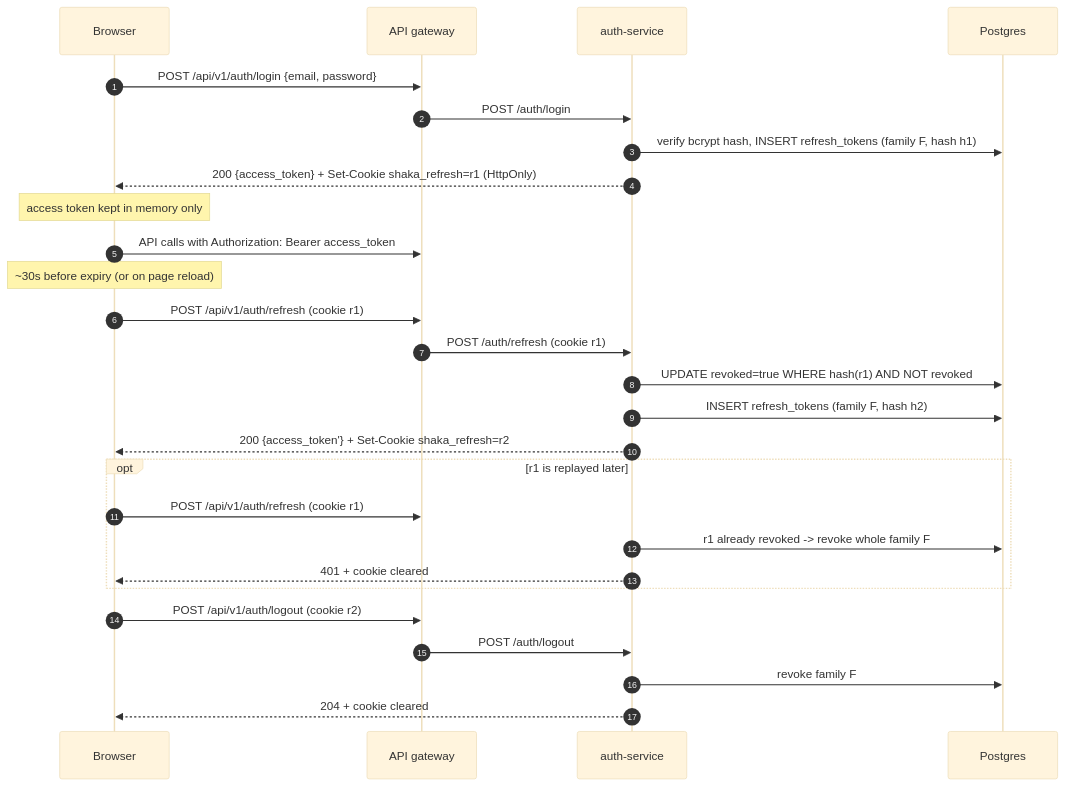
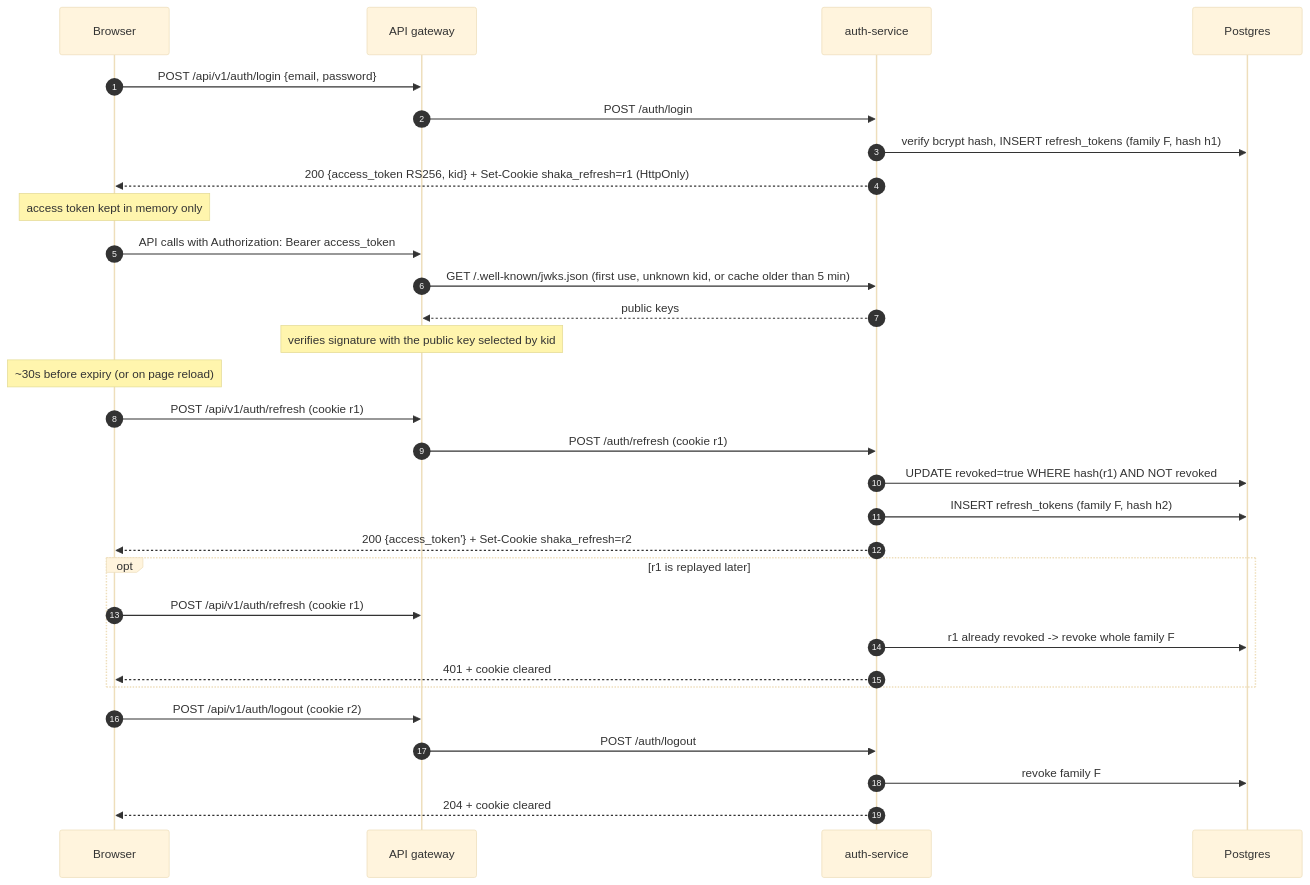
Before and after one commit to omer117/shaka-mesh: the diagram in services/auth-service/README.md, drawn with Mermaid (base theme). The commit also changed other lines of this file and 8 other files, not shown here.

First line of the commit message:
feat(auth): sign access tokens with RS256 and serve a JWKS

````diff
--- a/services/auth-service/README.md
+++ b/services/auth-service/README.md
@@ -62,33 +99,36 @@
 ```mermaid
 sequenceDiagram
     autonumber
     participant B as Browser
     participant G as API gateway
     participant A as auth-service
     participant DB as Postgres
 
     B->>G: POST /api/v1/auth/login {email, password}
     G->>A: POST /auth/login
     A->>DB: verify bcrypt hash, INSERT refresh_tokens (family F, hash h1)
-    A-->>B: 200 {access_token} + Set-Cookie shaka_refresh=r1 (HttpOnly)
+    A-->>B: 200 {access_token RS256, kid} + Set-Cookie shaka_refresh=r1 (HttpOnly)
     Note over B: access token kept in memory only
 
     B->>G: API calls with Authorization: Bearer access_token
+    G->>A: GET /.well-known/jwks.json (first use, unknown kid, or cache older than 5 min)
+    A-->>G: public keys
+    Note over G: verifies signature with the public key selected by kid
     Note over B: ~30s before expiry (or on page reload)
     B->>G: POST /api/v1/auth/refresh (cookie r1)
     G->>A: POST /auth/refresh (cookie r1)
     A->>DB: UPDATE revoked=true WHERE hash(r1) AND NOT revoked
     A->>DB: INSERT refresh_tokens (family F, hash h2)
     A-->>B: 200 {access_token'} + Set-Cookie shaka_refresh=r2
 
     opt r1 is replayed later
         B->>G: POST /api/v1/auth/refresh (cookie r1)
         A->>DB: r1 already revoked -> revoke whole family F
         A-->>B: 401 + cookie cleared
     end
 
     B->>G: POST /api/v1/auth/logout (cookie r2)
     G->>A: POST /auth/logout
     A->>DB: revoke family F
     A-->>B: 204 + cookie cleared
 ```
````
